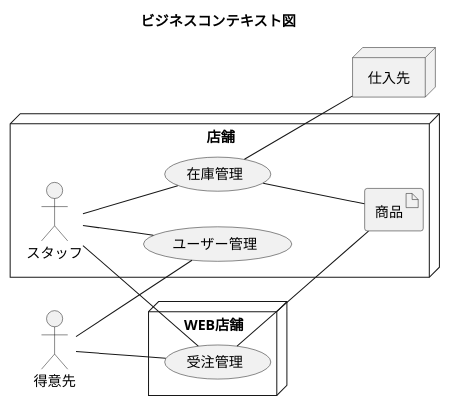
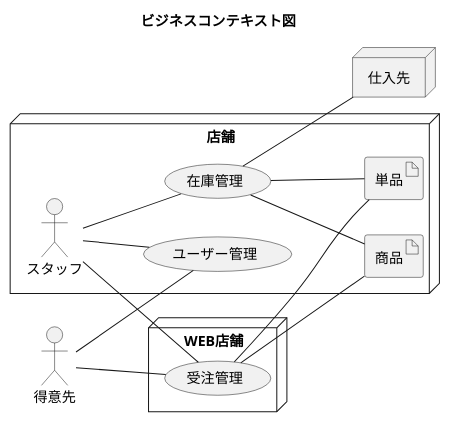
Before and after one commit to k2works/application_programing_excercise_2022: the fourth of 36 diagrams in docs/index.adoc, drawn with PlantUML. The commit also changed other lines of this file, not shown here.

Commit message:
docs: ユースケース複合図

```diff
--- a/docs/index.adoc
+++ b/docs/index.adoc
@@ -188,36 +188,39 @@
 [plantuml]
 ----
 @startuml
 
 title ビジネスコンテキスト図
 
 left to right direction
 
 actor 得意先 as ac_01
 
 node WEB店舗 as no_01{
   usecase 受注管理 as uc_01
 }
 
 node 店舗 as no_02 {
   actor スタッフ as ac_02
 
   usecase 在庫管理 as uc_02
   usecase ユーザー管理 as uc_03
   artifact 商品 as ar_01
+  artifact 単品 as ar_02
 }
 
 node 仕入先 as no_03 {
 }
 
 ac_01 -- (uc_01)
 ac_02 - (uc_01)
 (uc_01) -- (ar_01)
+(uc_01) -- (ar_02)
 ac_02 -- (uc_02)
 (uc_02) -- (ar_01)
+(uc_02) -- (ar_02)
 (uc_02) -- no_03
 ac_01 -- (uc_03)
 ac_02 -- (uc_03)
 
 @enduml
 ----
```
